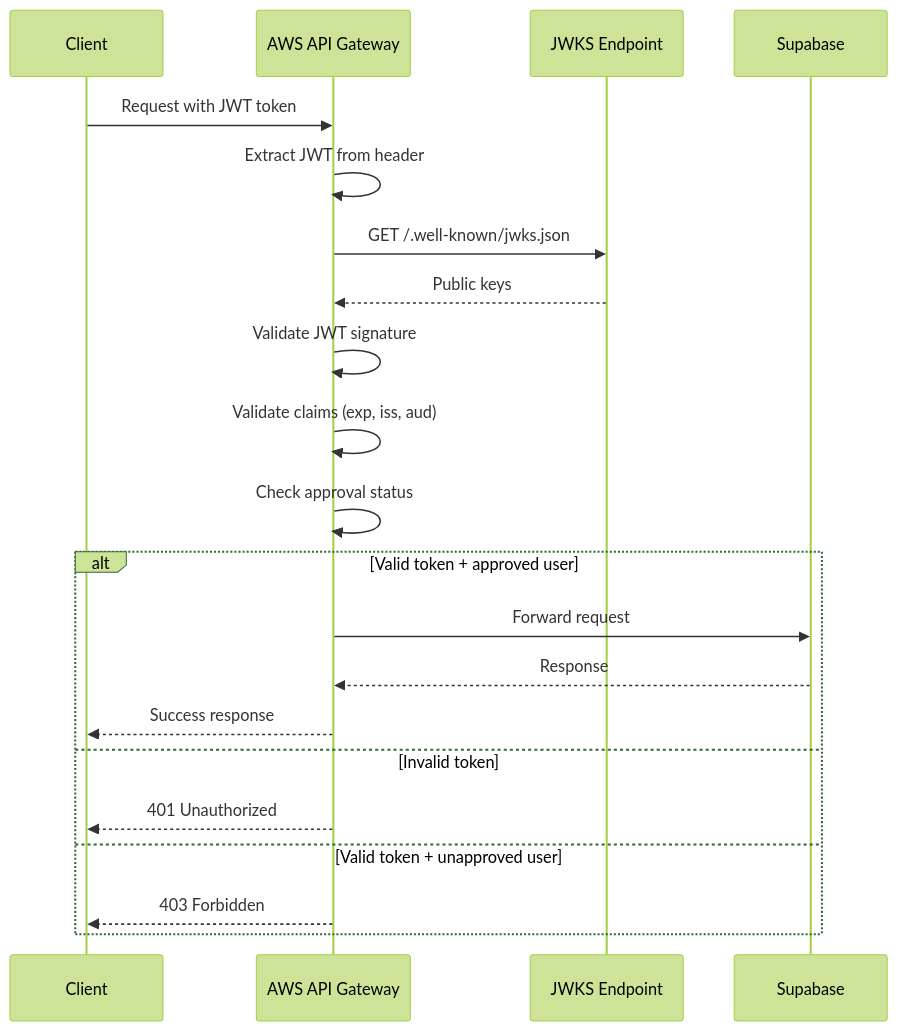
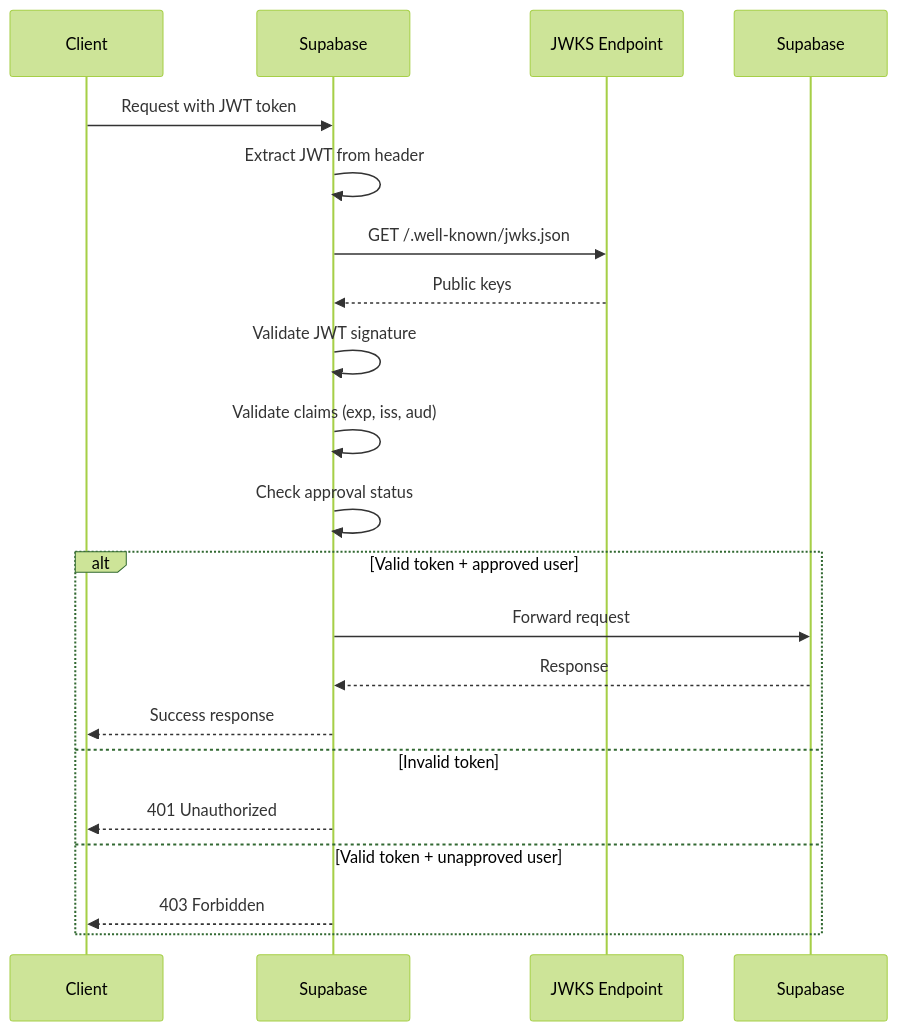
One commit to jkjan/nowhereland changed the third of 7 diagrams in prd/01-user-management.md. Above: the diagram before and after it, drawn with Mermaid (forest theme). The commit also changed other lines of this file and 8 other files, not shown here.

Commit message:
infrastructure and schema updated

````diff
--- a/prd/01-user-management.md
+++ b/prd/01-user-management.md
@@ -206,26 +206,26 @@
 ```mermaid
 sequenceDiagram
     participant C as Client
-    participant APIGW as AWS API Gateway
+    participant APIGW as Supabase
     participant JWKS as JWKS Endpoint
     participant SUPA as Supabase
     
     C->>APIGW: Request with JWT token
     APIGW->>APIGW: Extract JWT from header
     APIGW->>JWKS: GET /.well-known/jwks.json
     JWKS-->>APIGW: Public keys
     
     APIGW->>APIGW: Validate JWT signature
     APIGW->>APIGW: Validate claims (exp, iss, aud)
     APIGW->>APIGW: Check approval status
     
     alt Valid token + approved user
         APIGW->>SUPA: Forward request
         SUPA-->>APIGW: Response
         APIGW-->>C: Success response
     else Invalid token
         APIGW-->>C: 401 Unauthorized
     else Valid token + unapproved user
         APIGW-->>C: 403 Forbidden
     end
 ```
````
